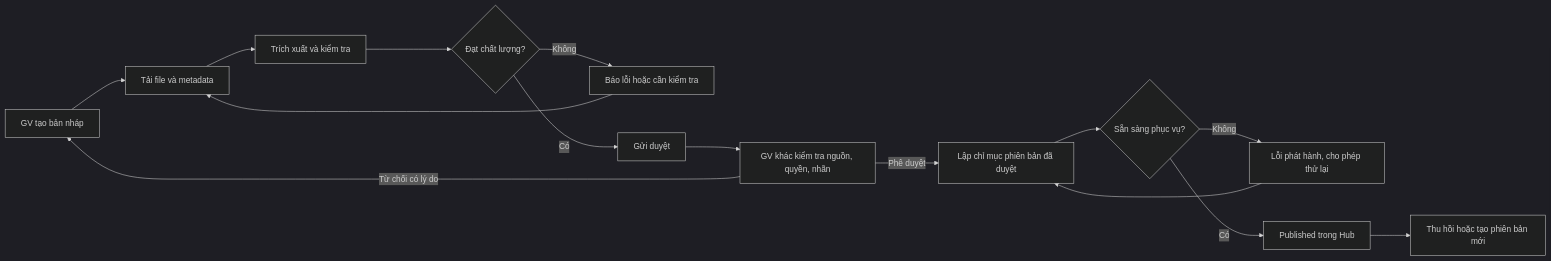
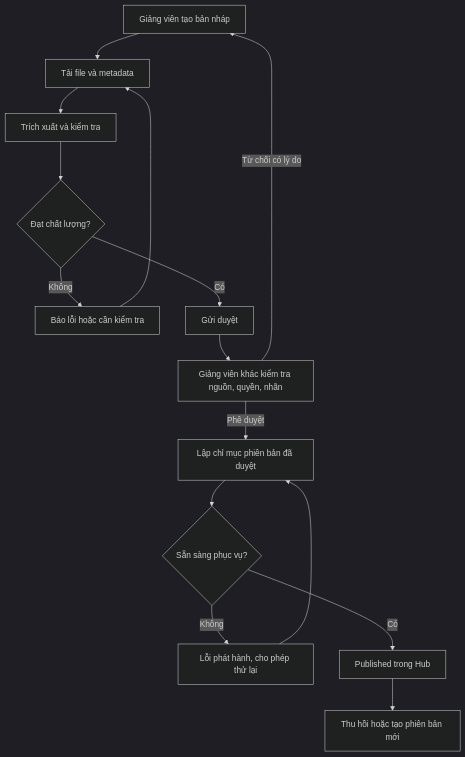
Before and after one commit to MinhNhatUet/7grass10wwind: the fourth of 6 diagrams in docs/documentions/PRD_edu04.md, drawn with Mermaid (dark theme). The commit also changed other lines of this file and 3 other files, not shown here.

First line of the commit message:
docs: sync wireframe/UI flow, backlog và milestone theo PRD v2.0

````diff
--- a/docs/documentions/PRD_edu04.md
+++ b/docs/documentions/PRD_edu04.md
@@ -478,17 +311,17 @@
 ```mermaid
-flowchart LR
-    A[GV tạo bản nháp] --> B[Tải file và metadata]
+flowchart TD
+    A[Giảng viên tạo bản nháp] --> B[Tải file và metadata]
     B --> C[Trích xuất và kiểm tra]
     C --> D{Đạt chất lượng?}
     D -- Không --> E[Báo lỗi hoặc cần kiểm tra]
     E --> B
     D -- Có --> F[Gửi duyệt]
-    F --> G[GV khác kiểm tra nguồn, quyền, nhãn]
+    F --> G[Giảng viên khác kiểm tra nguồn, quyền, nhãn]
     G -- Từ chối có lý do --> A
     G -- Phê duyệt --> H[Lập chỉ mục phiên bản đã duyệt]
     H --> I{Sẵn sàng phục vụ?}
     I -- Không --> J[Lỗi phát hành, cho phép thử lại]
     J --> H
     I -- Có --> K[Published trong Hub]
     K --> L[Thu hồi hoặc tạo phiên bản mới]
 ```
````
